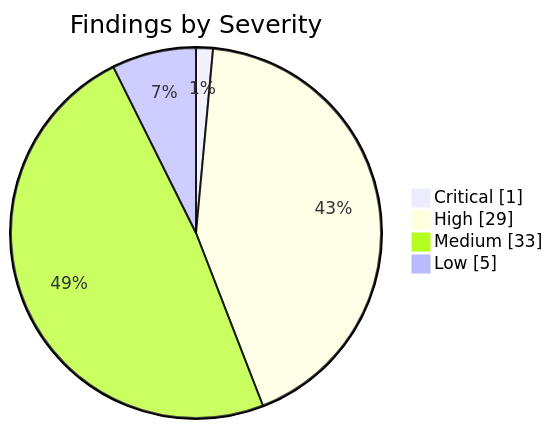
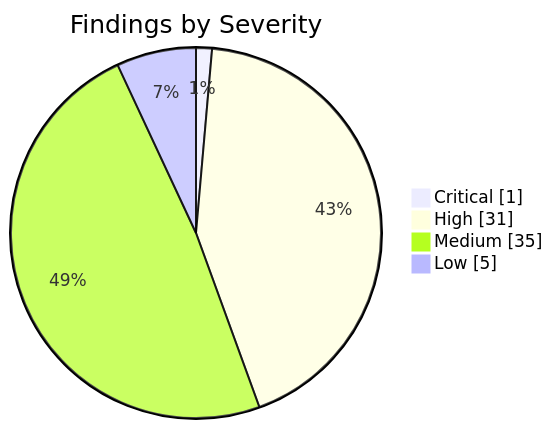
One commit to KBVE/kbve changed the first of 2 diagrams in apps/kbve/astro-kbve/src/content/docs/dashboard/security.mdx. Above: the diagram before and after it, drawn with Mermaid. The commit also changed other lines of this file and 8 other files, not shown here.

````diff
--- a/apps/kbve/astro-kbve/src/content/docs/dashboard/security.mdx
+++ b/apps/kbve/astro-kbve/src/content/docs/dashboard/security.mdx
@@ -62,8 +62,8 @@
 ```mermaid
 pie showData
     title Findings by Severity
     "Critical" : 1
-    "High" : 29
-    "Medium" : 33
+    "High" : 31
+    "Medium" : 35
     "Low" : 5
 ```
````
